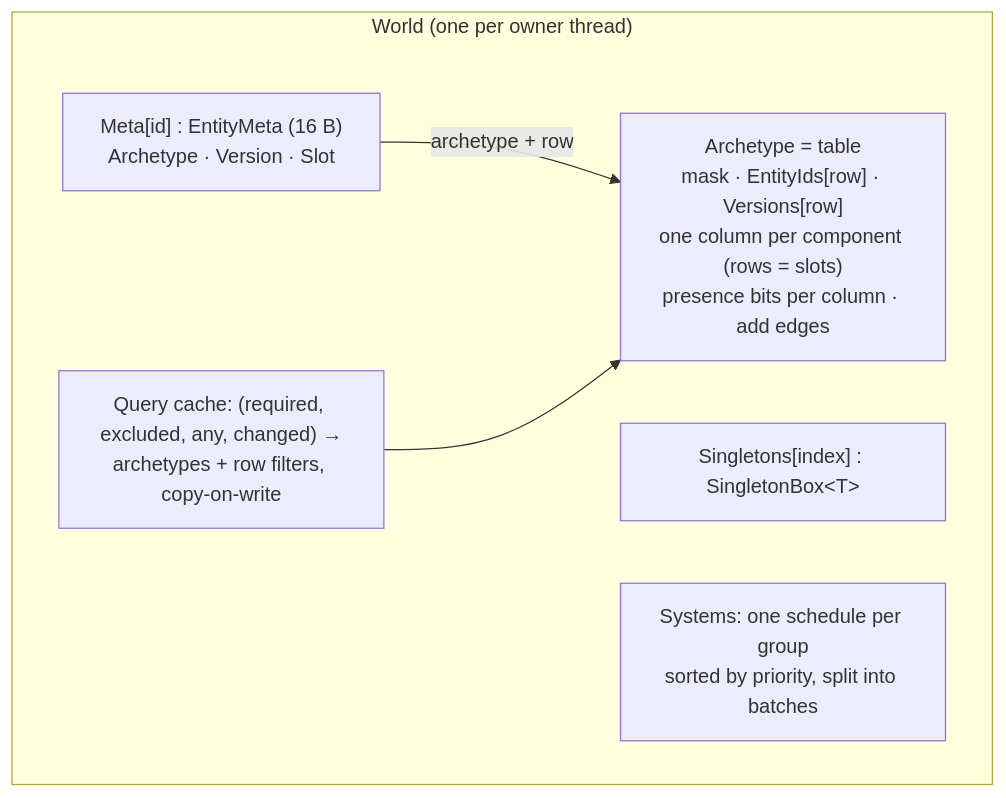
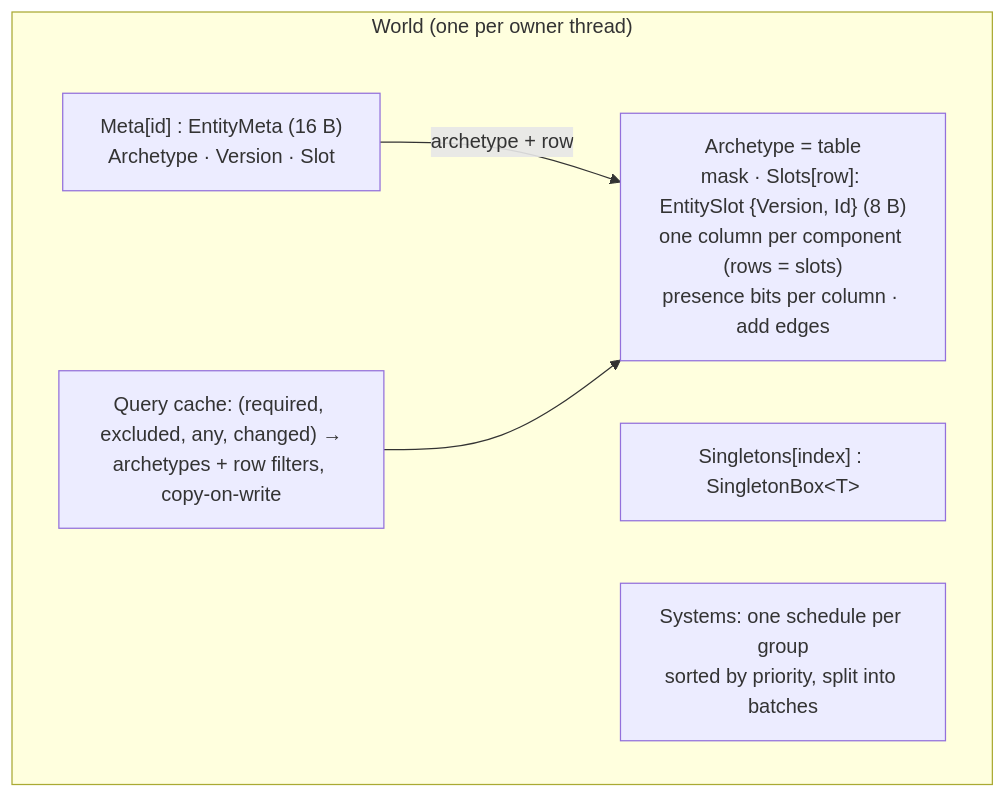
Before and after one commit to JasonXuDeveloper/EasyEcs: the first of 3 diagrams in doc/architecture.md, drawn with Mermaid. The commit also changed other lines of this file and 17 other files, not shown here.

````diff
--- a/doc/architecture.md
+++ b/doc/architecture.md
@@ -13,12 +13,12 @@
 ```mermaid
 flowchart TB
     subgraph "World (one per owner thread)"
         Meta["Meta[id] : EntityMeta (16 B)<br/>Archetype · Version · Slot"]
-        Arch["Archetype = table<br/>mask · EntityIds[row] · Versions[row]<br/>one column per component (rows = slots)<br/>presence bits per column · add edges"]
+        Arch["Archetype = table<br/>mask · Slots[row]: EntitySlot {Version, Id} (8 B)<br/>one column per component (rows = slots)<br/>presence bits per column · add edges"]
         QC["Query cache: (required, excluded, any, changed) →<br/>archetypes + row filters, copy-on-write"]
         Single["Singletons[index] : SingletonBox&lt;T&gt;"]
         Sys["Systems: one schedule per group<br/>sorted by priority, split into batches"]
     end
     Meta -->|archetype + row| Arch
     QC --> Arch
 ```
````
